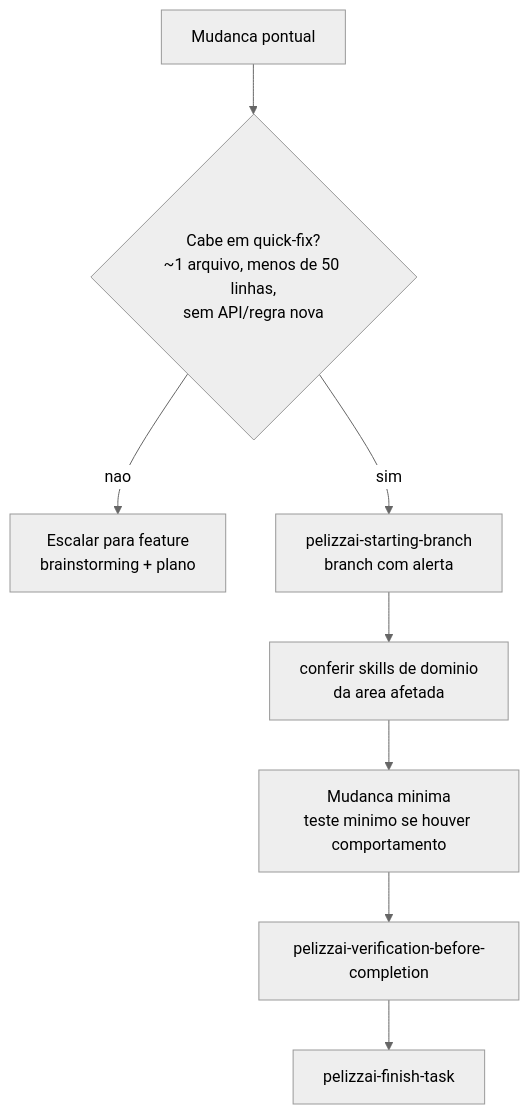
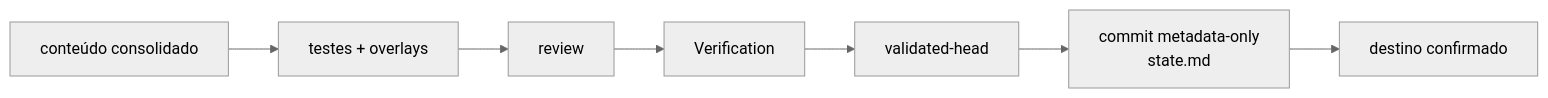
The third of 4 diagrams in README.md (rpelizza/PelizzAI), drawn with Mermaid (neutral theme) before and after one commit. The commit also changed other lines of this file and 103 other files, not shown here.

````diff
--- a/README.md
+++ b/README.md
@@ -246,10 +153,9 @@
 ```mermaid
-flowchart TD
-    SMALL["Mudanca pontual"] --> FIT{"Cabe em quick-fix?<br/>~1 arquivo, menos de 50 linhas,<br/>sem API/regra nova"}
-    FIT -- "nao" --> FEATURE["Escalar para feature<br/>brainstorming + plano"]
-    FIT -- "sim" --> SB["pelizzai-starting-branch<br/>branch com alerta"]
-    SB --> DOM["conferir skills de dominio<br/>da area afetada"]
-    DOM --> CHANGE["Mudanca minima<br/>teste minimo se houver comportamento"]
-    CHANGE --> VERIFY["pelizzai-verification-before-completion"]
-    VERIFY --> FIN["pelizzai-finish-task"]
+flowchart LR
+    C["conteúdo consolidado"] --> T["testes + overlays"]
+    T --> R["review"]
+    R --> V["Verification"]
+    V --> S["validated-head"]
+    S --> M["commit metadata-only<br/>state.md"]
+    M --> X["destino confirmado"]
 ```
````
